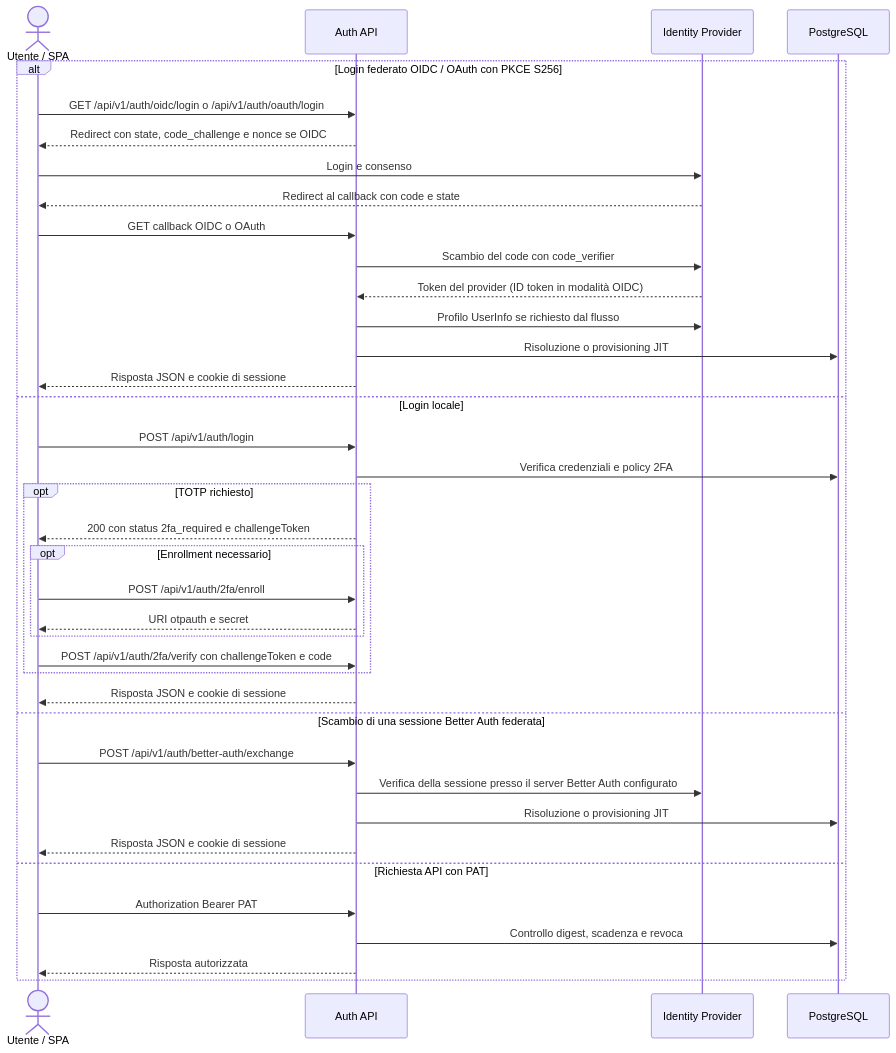
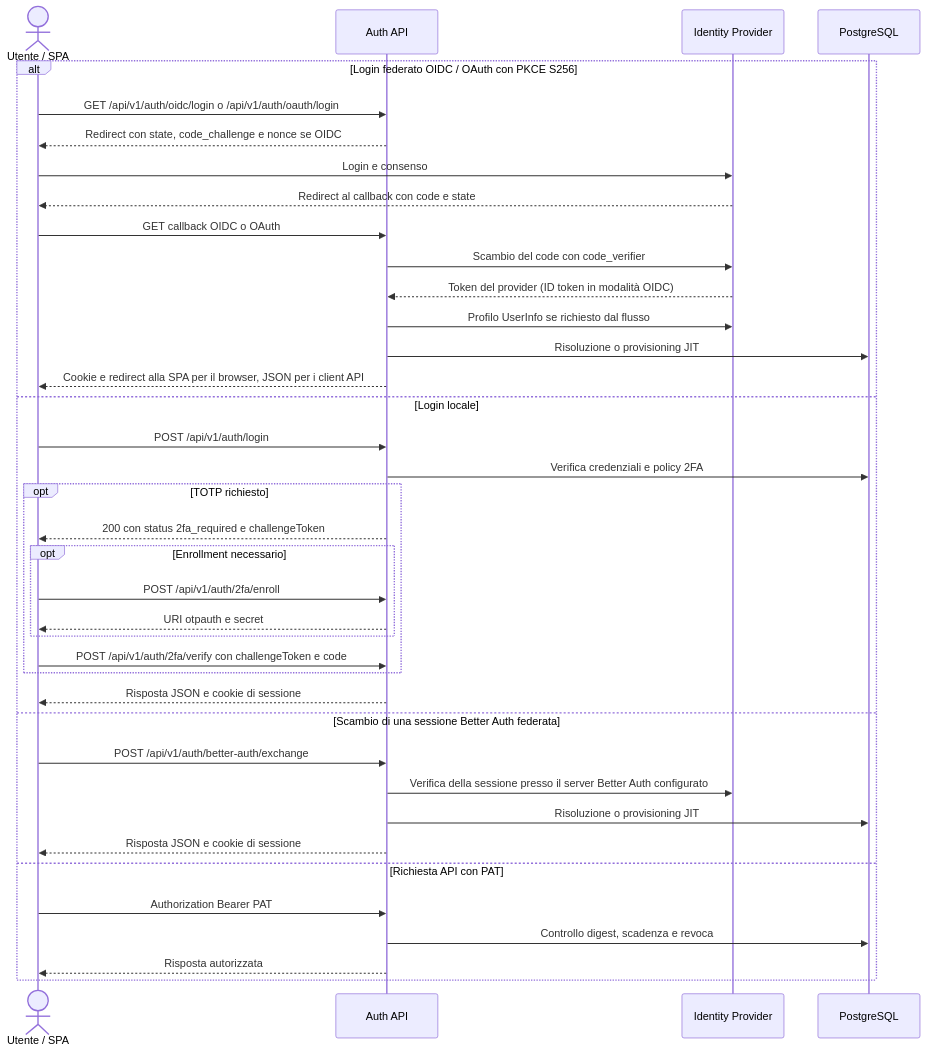
The diagram in docs/06-storage-auth-and-jobs.md (marco-jj/kestrel-it), drawn with Mermaid before and after one commit. The commit also changed other lines of this file and 43 other files, not shown here.

````diff
--- a/docs/06-storage-auth-and-jobs.md
+++ b/docs/06-storage-auth-and-jobs.md
@@ -15,40 +15,40 @@
 ```mermaid
 sequenceDiagram
     actor User as Utente / SPA
     participant API as Auth API
     participant IdP as Identity Provider
     participant DB as PostgreSQL
     alt Login federato OIDC / OAuth con PKCE S256
         User->>API: GET /api/v1/auth/oidc/login o /api/v1/auth/oauth/login
         API-->>User: Redirect con state, code_challenge e nonce se OIDC
         User->>IdP: Login e consenso
         IdP-->>User: Redirect al callback con code e state
         User->>API: GET callback OIDC o OAuth
         API->>IdP: Scambio del code con code_verifier
         IdP-->>API: Token del provider (ID token in modalità OIDC)
         API->>IdP: Profilo UserInfo se richiesto dal flusso
         API->>DB: Risoluzione o provisioning JIT
-        API-->>User: Risposta JSON e cookie di sessione
+        API-->>User: Cookie e redirect alla SPA per il browser, JSON per i client API
     else Login locale
         User->>API: POST /api/v1/auth/login
         API->>DB: Verifica credenziali e policy 2FA
         opt TOTP richiesto
             API-->>User: 200 con status 2fa_required e challengeToken
             opt Enrollment necessario
                 User->>API: POST /api/v1/auth/2fa/enroll
                 API-->>User: URI otpauth e secret
             end
             User->>API: POST /api/v1/auth/2fa/verify con challengeToken e code
         end
         API-->>User: Risposta JSON e cookie di sessione
     else Scambio di una sessione Better Auth federata
         User->>API: POST /api/v1/auth/better-auth/exchange
         API->>IdP: Verifica della sessione presso il server Better Auth configurato
         API->>DB: Risoluzione o provisioning JIT
         API-->>User: Risposta JSON e cookie di sessione
     else Richiesta API con PAT
         User->>API: Authorization Bearer PAT
         API->>DB: Controllo digest, scadenza e revoca
         API-->>User: Risposta autorizzata
     end
 ```
````
